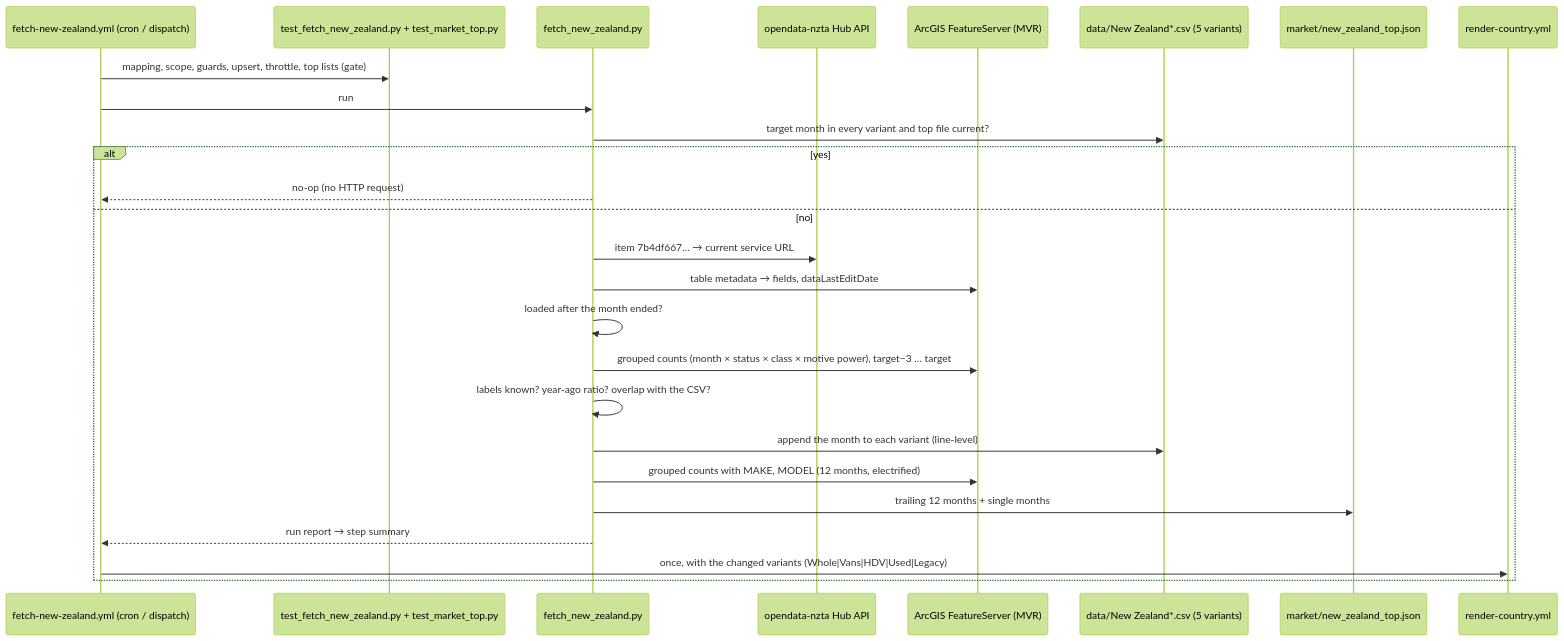
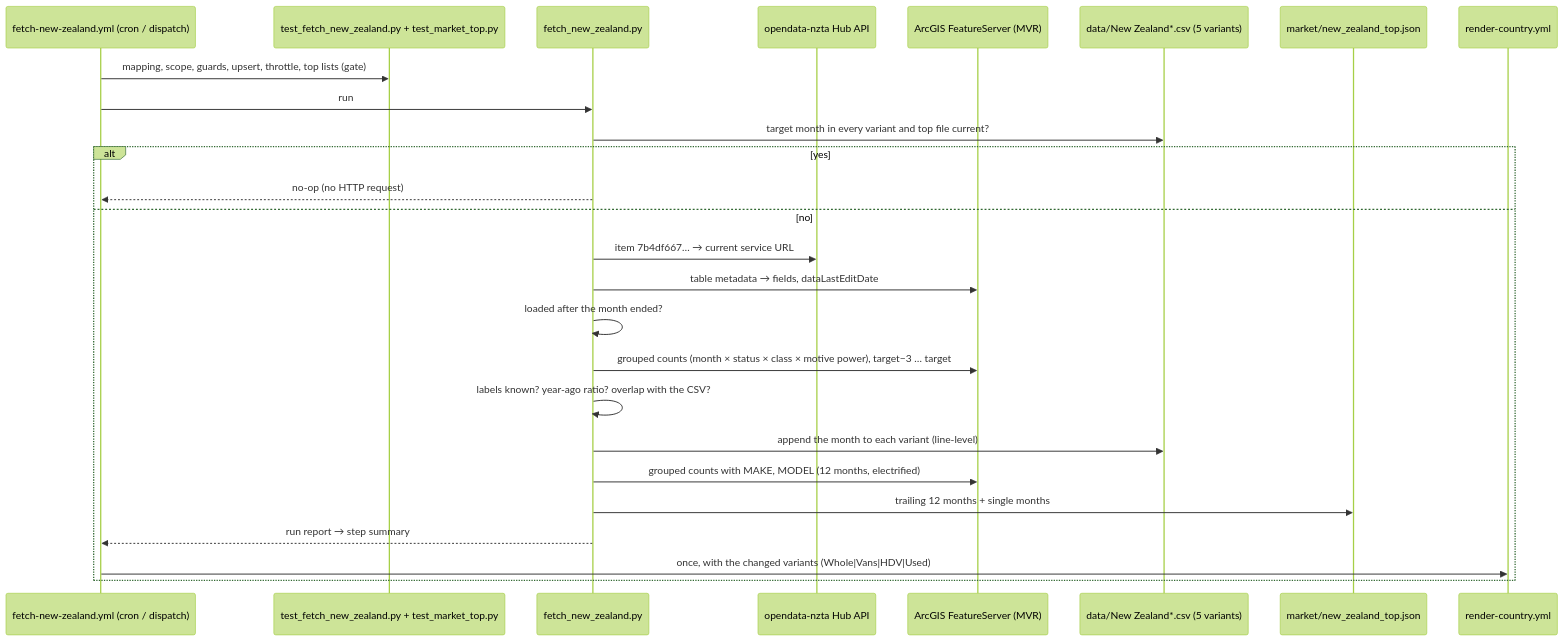
One commit to LeRaffl/LeRaffl-Gallery changed the diagram in docs/architecture/19-source-new-zealand.md. Above: the diagram before and after it, drawn with Mermaid (forest theme). The commit also changed other lines of this file and 13 other files, not shown here.

````diff
--- a/docs/architecture/19-source-new-zealand.md
+++ b/docs/architecture/19-source-new-zealand.md
@@ -321,28 +319,28 @@
 ```mermaid
 sequenceDiagram
     participant Cron as fetch-new-zealand.yml (cron / dispatch)
     participant Test as test_fetch_new_zealand.py + test_market_top.py
     participant Py as fetch_new_zealand.py
     participant Hub as opendata-nzta Hub API
     participant FS as ArcGIS FeatureServer (MVR)
     participant CSV as data/New Zealand*.csv (5 variants)
     participant Top as market/new_zealand_top.json
     participant Render as render-country.yml
     Cron->>Test: mapping, scope, guards, upsert, throttle, top lists (gate)
     Cron->>Py: run
     Py->>CSV: target month in every variant and top file current?
     alt yes
         Py-->>Cron: no-op (no HTTP request)
     else no
         Py->>Hub: item 7b4df667… → current service URL
         Py->>FS: table metadata → fields, dataLastEditDate
         Py->>Py: loaded after the month ended?
         Py->>FS: grouped counts (month × status × class × motive power), target−3 … target
         Py->>Py: labels known? year-ago ratio? overlap with the CSV?
         Py->>CSV: append the month to each variant (line-level)
         Py->>FS: grouped counts with MAKE, MODEL (12 months, electrified)
         Py->>Top: trailing 12 months + single months
         Py-->>Cron: run report → step summary
-        Cron->>Render: once, with the changed variants (Whole|Vans|HDV|Used|Legacy)
+        Cron->>Render: once, with the changed variants (Whole|Vans|HDV|Used)
     end
 ```
````
